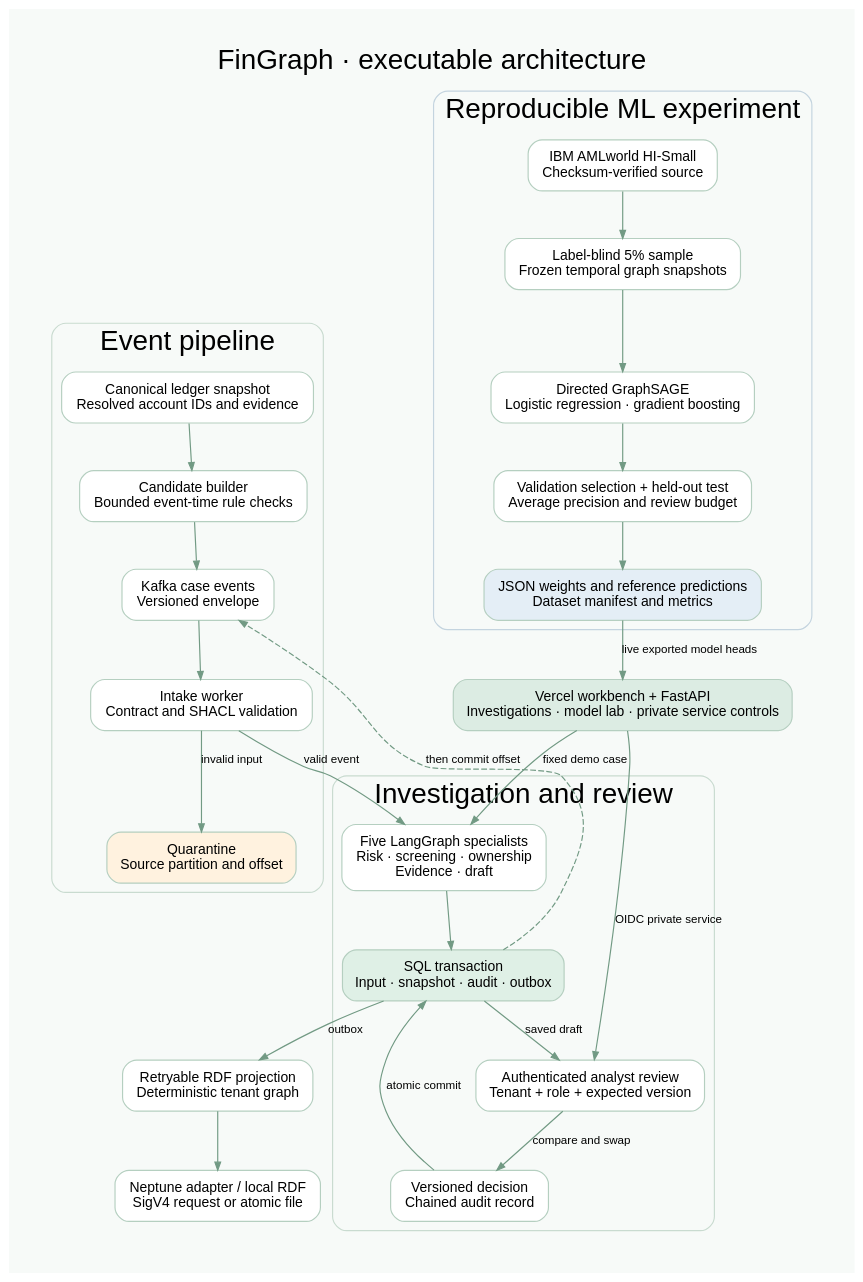
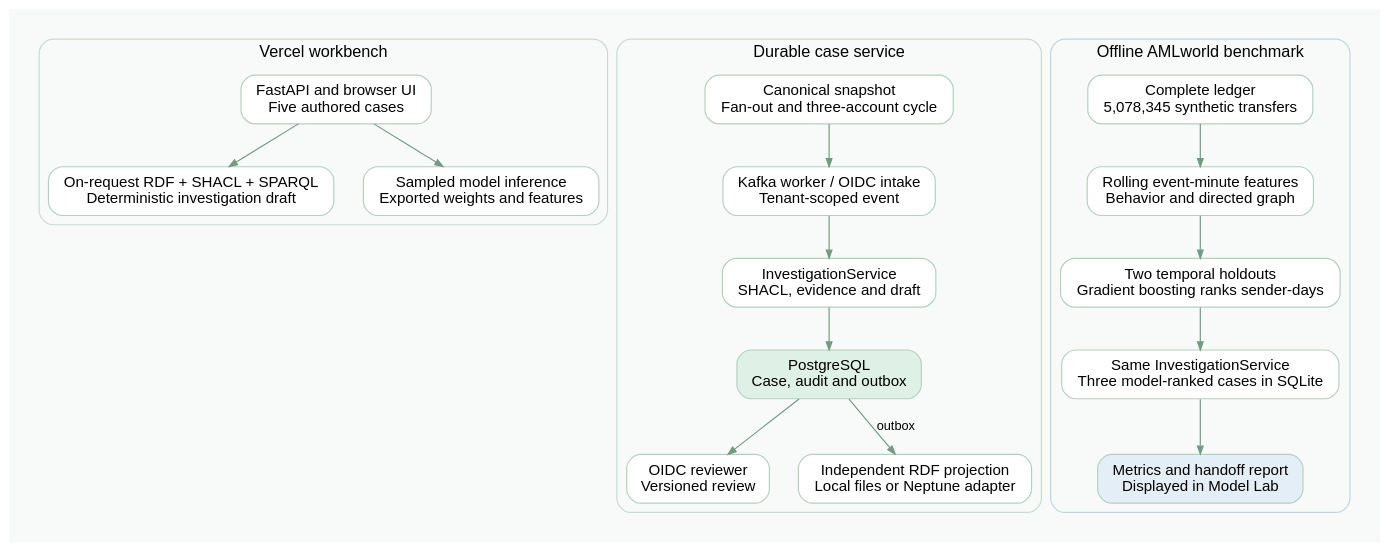
Before and after one commit to deepak2233/fingraph-investigations: the diagram in docs/architecture.dot, drawn with Graphviz. The commit also changed 21 other files, not shown here.

First line of the commit message:
Fix live RDF explorer and publish the full-history FinGraph comparison

```diff
--- a/docs/architecture.dot
+++ b/docs/architecture.dot
@@ -1,42 +1,43 @@
 digraph FinGraph {
-  graph [rankdir=TB, bgcolor="#f7faf8", pad="0.4", nodesep="0.35", ranksep="0.55", fontname="Arial", label="FinGraph · executable architecture", labelloc=t, fontsize=24];
-  node [shape=box, style="rounded,filled", color="#b5cfc0", fillcolor="white", fontname="Arial", fontsize=12, margin="0.16,0.12"];
-  edge [color="#729a84", arrowsize=0.7, fontname="Arial", fontsize=10];
-  subgraph cluster_ingest {label="Event pipeline"; color="#c9dbd0"; style=rounded;
-    ledger [label="Canonical ledger snapshot\nResolved account IDs and evidence"];
-    builder [label="Candidate builder\nBounded event-time rule checks"];
-    kafka [label="Kafka case events\nVersioned envelope"];
-    worker [label="Intake worker\nContract and SHACL validation"];
-    ledger -> builder -> kafka -> worker;
-    quarantine [label="Quarantine\nSource partition and offset", fillcolor="#fff2df"];
-    worker -> quarantine [label="invalid input"];
+  graph [rankdir=TB, bgcolor="#f7faf8", pad="0.25", nodesep="0.35", ranksep="0.5", fontname="Arial", newrank=true];
+  node [shape=box, style="rounded,filled", color="#b5cfc0", fillcolor="white", fontname="Arial", fontsize=13, margin="0.14,0.1"];
+  edge [color="#729a84", arrowsize=0.7, fontname="Arial", fontsize=11];
+
+  subgraph cluster_workbench {
+    label="Vercel workbench";
+    color="#c9dbd0";
+    style=rounded;
+    ui [label="FastAPI and browser UI\nFive authored cases"];
+    demo [label="On-request RDF + SHACL + SPARQL\nDeterministic investigation draft"];
+    score [label="Sampled model inference\nExported weights and features"];
+    ui -> demo;
+    ui -> score;
   }
-  subgraph cluster_case {label="Investigation and review"; color="#c9dbd0"; style=rounded;
-    agents [label="Five LangGraph specialists\nRisk · screening · ownership\nEvidence · draft"];
-    sql [label="SQL transaction\nInput · snapshot · audit · outbox", fillcolor="#dff0e6"];
-    review [label="Authenticated analyst review\nTenant + role + expected version"];
-    state [label="Versioned decision\nChained audit record"];
-    agents -> sql;
-    sql -> review [label="saved draft"];
-    review -> state [label="compare and swap"];
-    state -> sql [label="atomic commit"];
+  subgraph cluster_durable {
+    label="Durable case service";
+    color="#c9dbd0";
+    style=rounded;
+    rules [label="Canonical snapshot\nFan-out and three-account cycle"];
+    intake [label="Kafka worker / OIDC intake\nTenant-scoped event"];
+    service [label="InvestigationService\nSHACL, evidence and draft"];
+    sql [label="PostgreSQL\nCase, audit and outbox", fillcolor="#dff0e6"];
+    review [label="OIDC reviewer\nVersioned review"];
+    projection [label="Independent RDF projection\nLocal files or Neptune adapter"];
+    rules -> intake -> service -> sql;
+    sql -> review;
+    sql -> projection [label="outbox"];
   }
-  worker -> agents [label="valid event"];
-  sql -> kafka [label="then commit offset", style=dashed, constraint=false];
-  projection [label="Retryable RDF projection\nDeterministic tenant graph"];
-  neptune [label="Neptune adapter / local RDF\nSigV4 request or atomic file"];
-  sql -> projection [label="outbox"];
-  projection -> neptune;
-  subgraph cluster_ml {label="Reproducible ML experiment"; color="#c4d4df"; style=rounded;
-    dataset [label="IBM AMLworld HI-Small\nChecksum-verified source"];
-    prepare [label="Label-blind 5% sample\nFrozen temporal graph snapshots"];
-    train [label="Directed GraphSAGE\nLogistic regression · gradient boosting"];
-    evaluate [label="Validation selection + held-out test\nAverage precision and review budget"];
-    artifacts [label="JSON weights and reference predictions\nDataset manifest and metrics", fillcolor="#e4eef6"];
-    dataset -> prepare -> train -> evaluate -> artifacts;
+  subgraph cluster_benchmark {
+    label="Offline AMLworld benchmark";
+    color="#c4d4df";
+    style=rounded;
+    ledger [label="Complete ledger\n5,078,345 synthetic transfers"];
+    features [label="Rolling event-minute features\nBehavior and directed graph"];
+    ranking [label="Two temporal holdouts\nGradient boosting ranks sender-days"];
+    shadow [label="Same InvestigationService\nThree model-ranked cases in SQLite"];
+    report [label="Metrics and handoff report\nDisplayed in Model Lab", fillcolor="#e4eef6"];
+    ledger -> features -> ranking -> shadow -> report;
   }
-  ui [label="Vercel workbench + FastAPI\nInvestigations · model lab · private service controls",fillcolor="#dcece3"];
-  ui -> agents [label="fixed demo case"];
-  artifacts -> ui [label="live exported model heads"];
-  ui -> review [label="OIDC private service"];
+
+  { rank=same; ui; rules; ledger; }
 }
```
